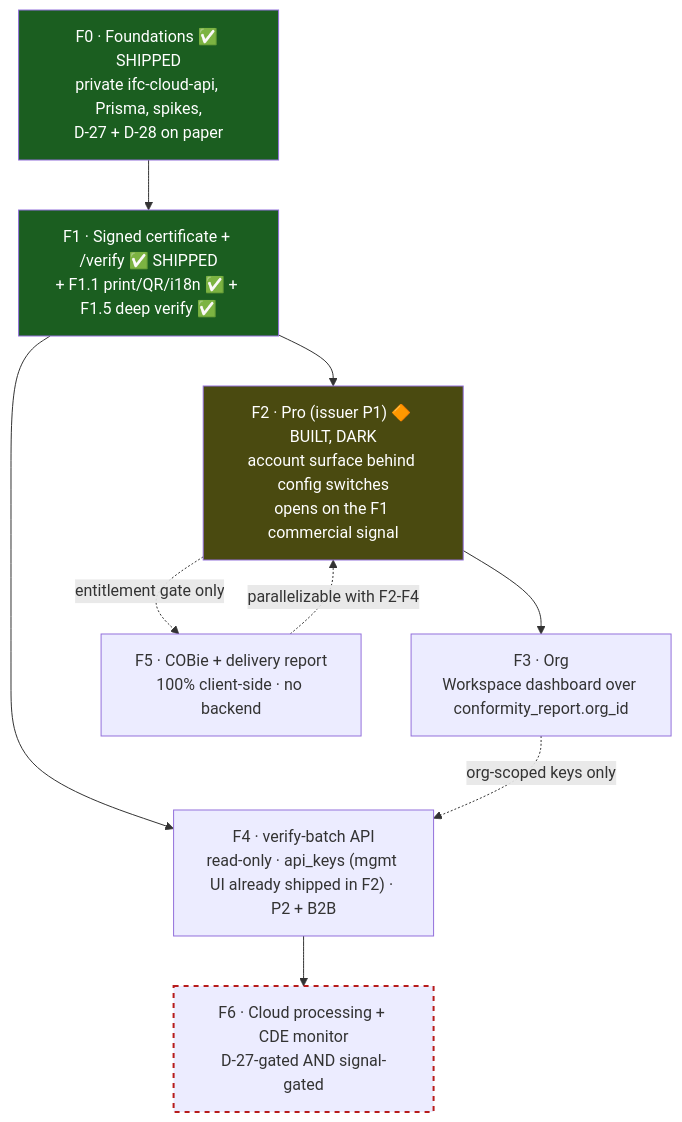
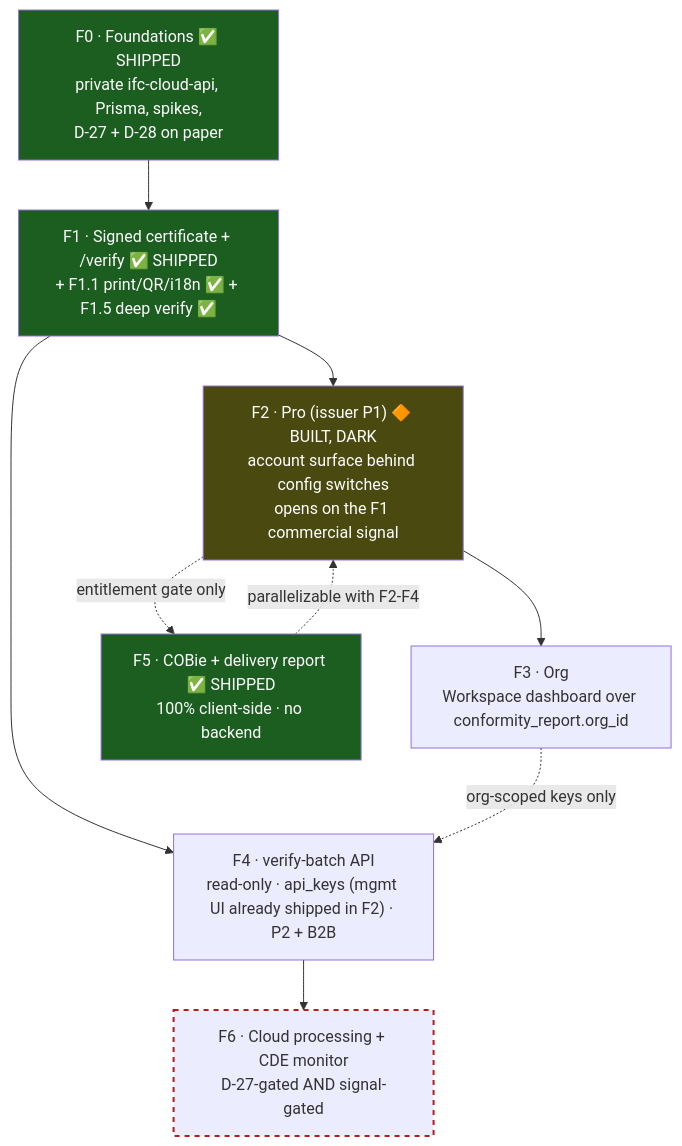
Before and after one commit to j03rul4nd/ifc-viewer-online: the diagram in docs/CDE_ROADMAP.md, drawn with Mermaid. The commit also changed other lines of this file and 1 other file, not shown here.

````diff
--- a/docs/CDE_ROADMAP.md
+++ b/docs/CDE_ROADMAP.md
@@ -87,24 +88,25 @@
 ```mermaid
 graph TD
     F0["F0 · Foundations ✅ SHIPPED<br/>private ifc-cloud-api, Prisma, spikes,<br/>D-27 + D-28 on paper"]
     F1["F1 · Signed certificate + /verify ✅ SHIPPED<br/>+ F1.1 print/QR/i18n ✅ + F1.5 deep verify ✅"]
     F2["F2 · Pro (issuer P1) 🔶 BUILT, DARK<br/>account surface behind config switches<br/>opens on the F1 commercial signal"]
     F3["F3 · Org<br/>Workspace dashboard over conformity_report.org_id"]
     F4["F4 · verify-batch API<br/>read-only · api_keys (mgmt UI already shipped in F2) · P2 + B2B"]
-    F5["F5 · COBie + delivery report<br/>100% client-side · no backend"]
+    F5["F5 · COBie + delivery report ✅ SHIPPED<br/>100% client-side · no backend"]
     F6["F6 · Cloud processing + CDE monitor<br/>D-27-gated AND signal-gated"]
 
     F0 --> F1
     F1 --> F2
     F2 --> F3
     F1 --> F4
     F2 -.entitlement gate only.-> F5
     F3 -.org-scoped keys only.-> F4
     F4 --> F6
     F5 -.parallelizable with F2-F4.-> F2
 
     style F0 fill:#1b5e20,color:#fff
     style F1 fill:#1b5e20,color:#fff
     style F2 fill:#4a4a10,color:#fff
+    style F5 fill:#1b5e20,color:#fff
     style F6 stroke-dasharray: 5 5,stroke:#b71c1c,stroke-width:2px
 ```
````
